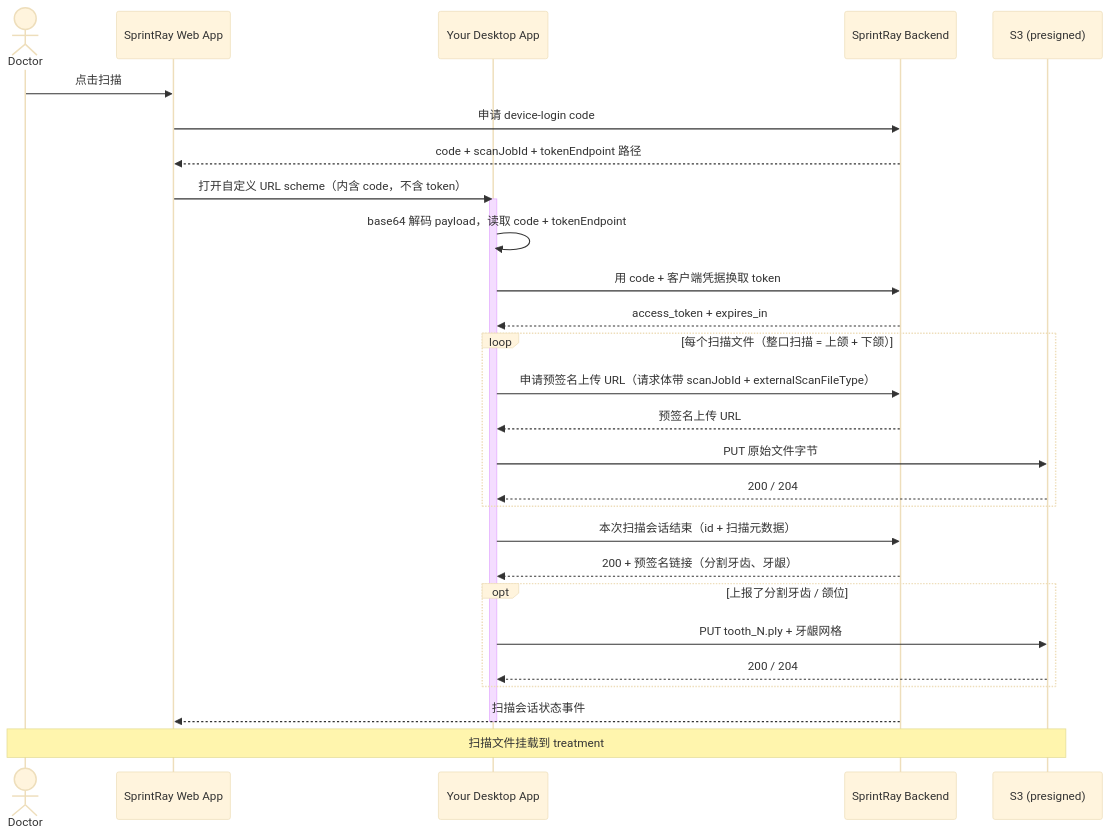
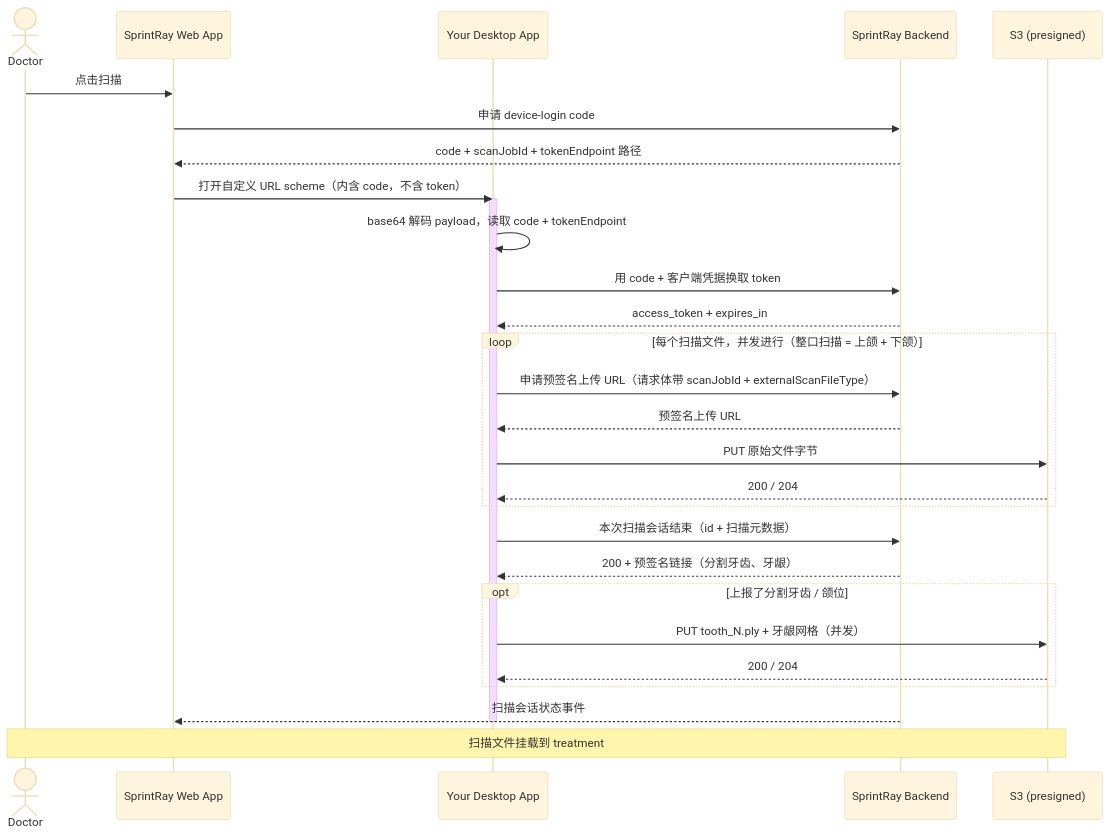
The diagram in README.zh-CN.md (SprintRay-Software/example-scan-app), drawn with Mermaid (base theme) before and after one commit. The commit also changed other lines of this file and 14 other files, not shown here.

````diff
--- a/README.zh-CN.md
+++ b/README.zh-CN.md
@@ -48,32 +48,32 @@
 ```mermaid
 sequenceDiagram
     actor Doctor
     participant Web as SprintRay Web App
     participant App as Your Desktop App
     participant BE as SprintRay Backend
     participant S3 as S3 (presigned)
 
     Doctor->>Web: 点击扫描
     Web->>BE: 申请 device-login code
     BE-->>Web: code + scanJobId + tokenEndpoint 路径
     Web->>App: 打开自定义 URL scheme（内含 code，不含 token）
     activate App
     App->>App: base64 解码 payload，读取 code + tokenEndpoint
     App->>BE: 用 code + 客户端凭据换取 token
     BE-->>App: access_token + expires_in
-    loop 每个扫描文件（整口扫描 = 上颌 + 下颌）
+    loop 每个扫描文件，并发进行（整口扫描 = 上颌 + 下颌）
         App->>BE: 申请预签名上传 URL（请求体带 scanJobId + externalScanFileType）
         BE-->>App: 预签名上传 URL
         App->>S3: PUT 原始文件字节
         S3-->>App: 200 / 204
     end
     App->>BE: 本次扫描会话结束（id + 扫描元数据）
     BE-->>App: 200 + 预签名链接（分割牙齿、牙龈）
     opt 上报了分割牙齿 / 颌位
-        App->>S3: PUT tooth_N.ply + 牙龈网格
+        App->>S3: PUT tooth_N.ply + 牙龈网格（并发）
         S3-->>App: 200 / 204
     end
     BE-->>Web: 扫描会话状态事件
     deactivate App
     Note over Doctor,S3: 扫描文件挂载到 treatment
 ```
````
